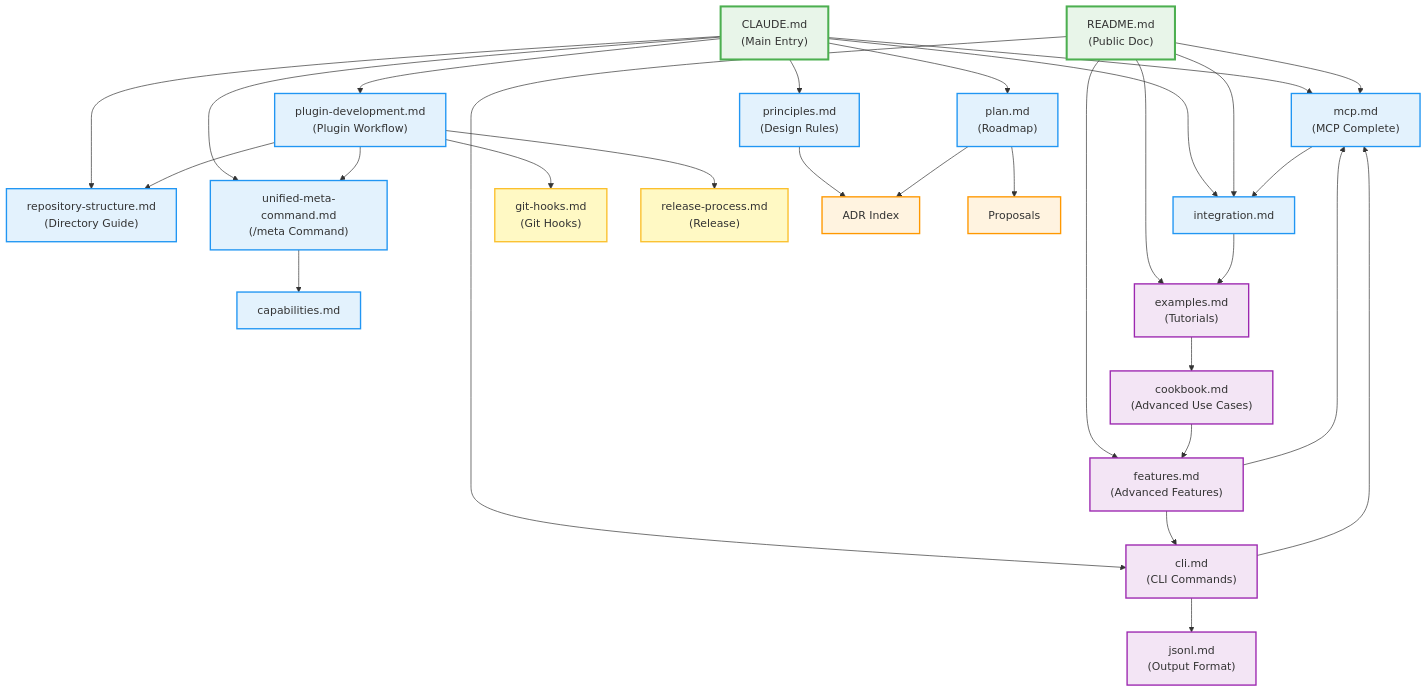
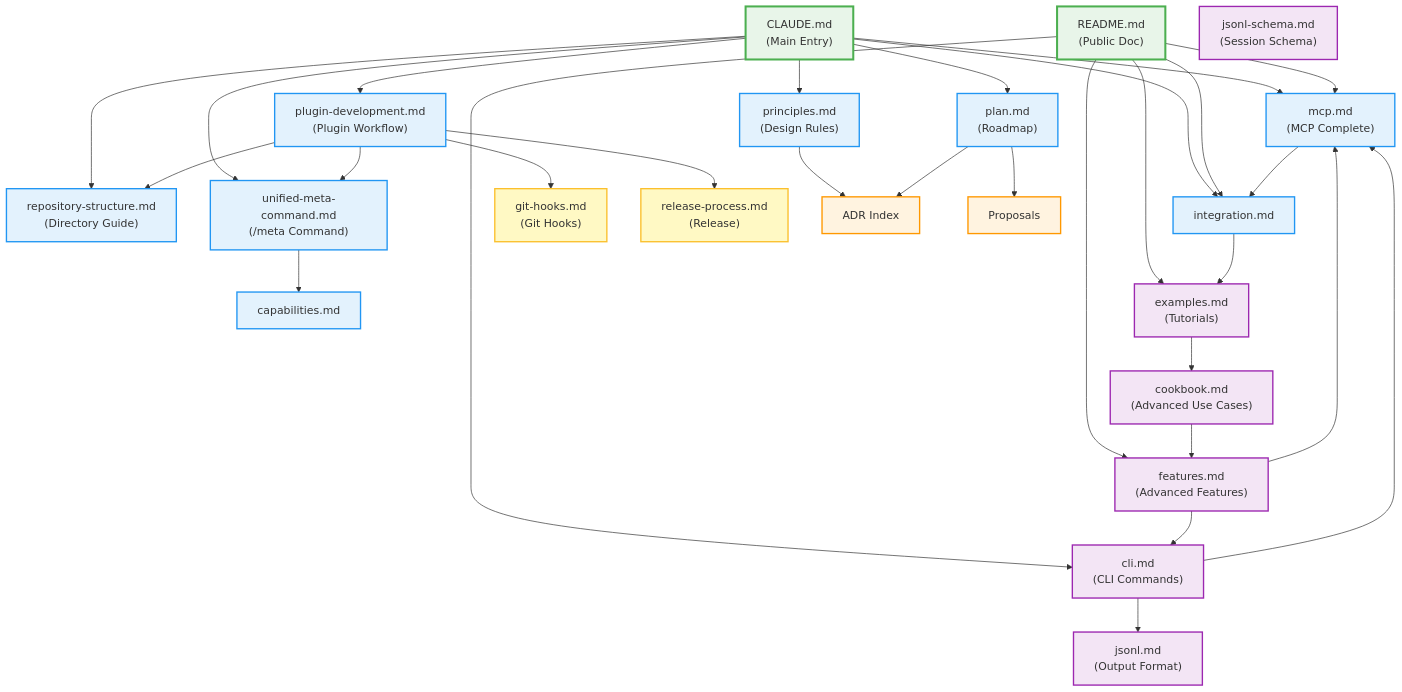
Before and after one commit to yaleh/meta-cc: the diagram in docs/DOCUMENTATION_MAP.md, drawn with Mermaid. The commit also changed other lines of this file and 1 other file, not shown here.

First line of the commit message:
docs: add JSONL session schema documentation and update doc map

````diff
--- a/docs/DOCUMENTATION_MAP.md
+++ b/docs/DOCUMENTATION_MAP.md
@@ -56,74 +57,75 @@
 ```mermaid
 graph TD
 
   %% Core Entry Points
   CLAUDE_md["CLAUDE.md<br/>(Main Entry)"]:::entry
   README_md["README.md<br/>(Public Doc)"]:::entry
 
   %% Key Guides
   docs_plan_md["plan.md<br/>(Roadmap)"]:::guide
   docs_principles_md["principles.md<br/>(Design Rules)"]:::guide
   docs_plugin_development_md["plugin-development.md<br/>(Plugin Workflow)"]:::guide
   docs_repository_structure_md["repository-structure.md<br/>(Directory Guide)"]:::guide
   docs_unified_meta_command_md["unified-meta-command.md<br/>(/meta Command)"]:::guide
   docs_integration_guide_md["integration.md"]:::guide
   docs_mcp_guide_md["mcp.md<br/>(MCP Complete)"]:::guide
   docs_capabilities_guide_md["capabilities.md"]:::guide
 
   %% Maintenance Guides
   docs_git_hooks_md["git-hooks.md<br/>(Git Hooks)"]:::maintenance
   docs_release_process_md["release-process.md<br/>(Release)"]:::maintenance
 
   %% Reference Docs
   docs_cli_reference_md["cli.md<br/>(CLI Commands)"]:::reference
   docs_jsonl_reference_md["jsonl.md<br/>(Output Format)"]:::reference
+  docs_jsonl_schema_md["jsonl-schema.md<br/>(Session Schema)"]:::reference
   docs_features_md["features.md<br/>(Advanced Features)"]:::reference
   docs_examples_usage_md["examples.md<br/>(Tutorials)"]:::reference
   docs_cookbook_md["cookbook.md<br/>(Advanced Use Cases)"]:::reference
 
   %% Architecture
   docs_adr_README_md["ADR Index"]:::adr
   docs_proposals_md["Proposals"]:::adr
 
   %% Dependencies - Core Entry Points
   CLAUDE_md --> docs_principles_md
   CLAUDE_md --> docs_plan_md
   CLAUDE_md --> docs_plugin_development_md
   CLAUDE_md --> docs_repository_structure_md
   CLAUDE_md --> docs_mcp_guide_md
   CLAUDE_md --> docs_integration_guide_md
   CLAUDE_md --> docs_unified_meta_command_md
 
   README_md --> docs_mcp_guide_md
   README_md --> docs_integration_guide_md
   README_md --> docs_examples_usage_md
   README_md --> docs_cli_reference_md
   README_md --> docs_features_md
 
   %% Dependencies - Guides
   docs_principles_md --> docs_adr_README_md
   docs_plan_md --> docs_adr_README_md
   docs_plan_md --> docs_proposals_md
   docs_plugin_development_md --> docs_git_hooks_md
   docs_plugin_development_md --> docs_release_process_md
   docs_plugin_development_md --> docs_repository_structure_md
   docs_plugin_development_md --> docs_unified_meta_command_md
   docs_unified_meta_command_md --> docs_capabilities_guide_md
   docs_integration_guide_md --> docs_examples_usage_md
   docs_mcp_guide_md --> docs_integration_guide_md
   docs_examples_usage_md --> docs_cookbook_md
 
   %% Dependencies - Reference
   docs_cli_reference_md --> docs_jsonl_reference_md
   docs_cli_reference_md --> docs_mcp_guide_md
   docs_features_md --> docs_cli_reference_md
   docs_features_md --> docs_mcp_guide_md
   docs_cookbook_md --> docs_features_md
 
   %% Styles
   classDef entry fill:#e8f5e9,stroke:#4caf50,stroke-width:3px
   classDef guide fill:#e3f2fd,stroke:#2196f3,stroke-width:2px
   classDef maintenance fill:#fff9c4,stroke:#fbc02d,stroke-width:2px
   classDef reference fill:#f3e5f5,stroke:#9c27b0,stroke-width:2px
   classDef adr fill:#fff3e0,stroke:#ff9800,stroke-width:2px
 ```
````
